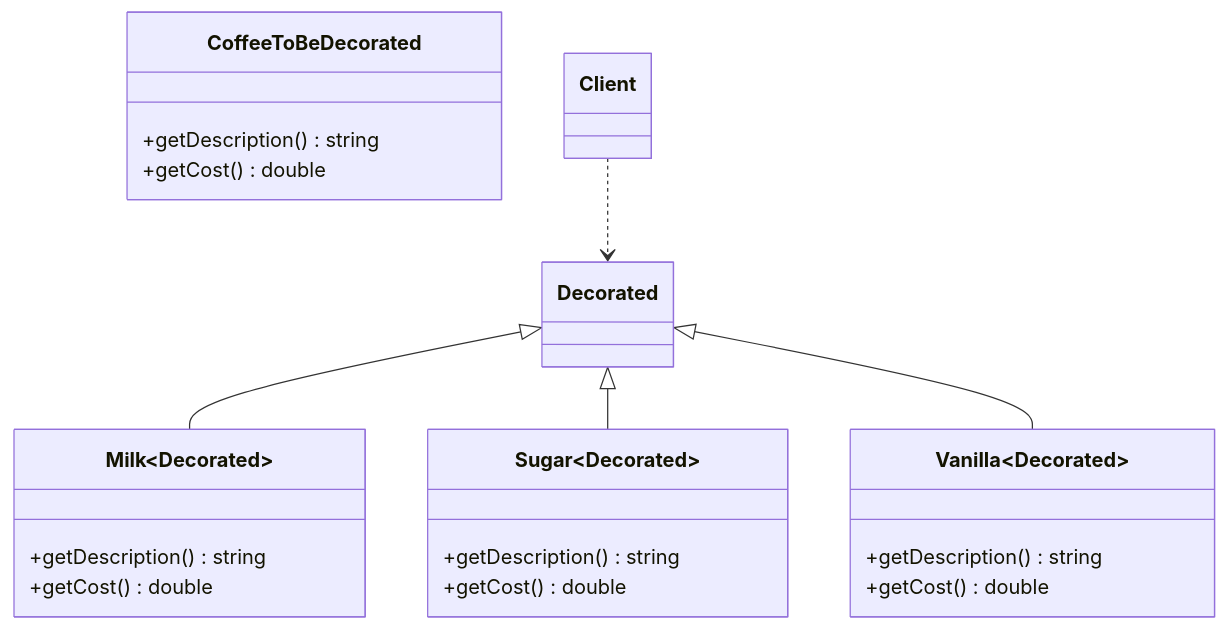
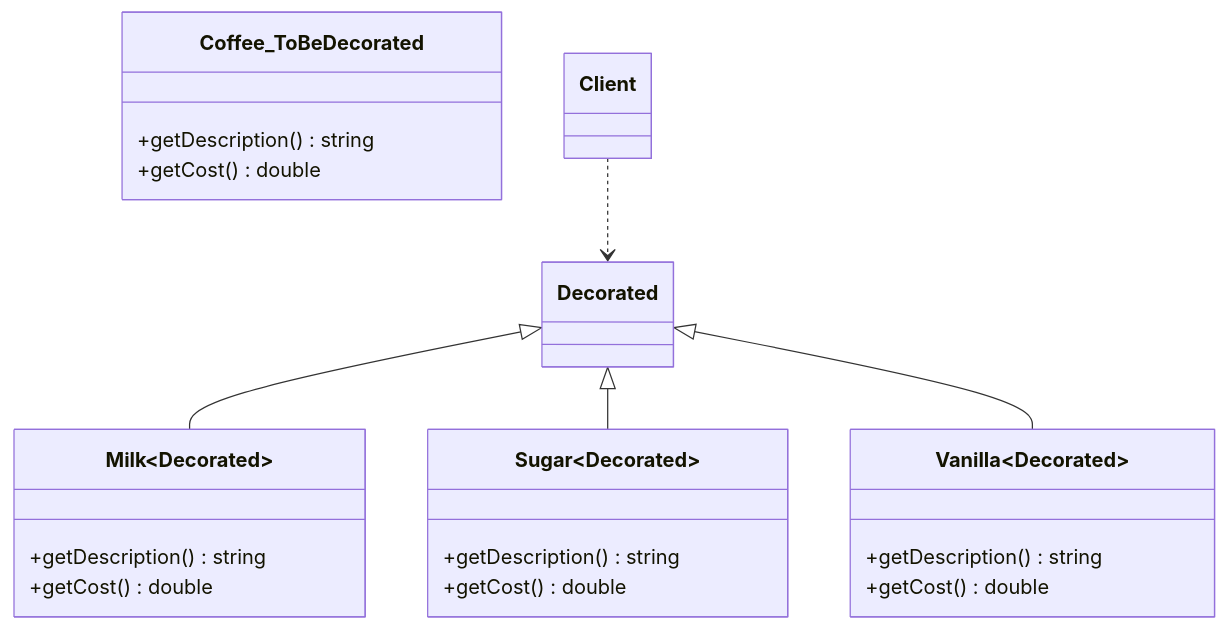
One commit to Cichlidfishexigency721/Modern-CPP-Design-Patterns changed the diagram in 11_Decorator/03_Static_Mixin/diagram.md. Above: the diagram before and after it, drawn with Mermaid. The commit also changed 1 other file, not shown here.

Commit message:
UML improvement

````diff
--- a/11_Decorator/03_Static_Mixin/diagram.md
+++ b/11_Decorator/03_Static_Mixin/diagram.md
@@ -3,32 +3,32 @@
 ```mermaid
 classDiagram
-   class CoffeeToBeDecorated {
+   class Coffee_ToBeDecorated {
       +getDescription() string
       +getCost() double
    }
 
    class Milk~Decorated~ {
       +getDescription() string
       +getCost() double
    }
 
    class Sugar~Decorated~ {
       +getDescription() string
       +getCost() double
    }
 
    class Vanilla~Decorated~ {
       +getDescription() string
       +getCost() double
    }
 
    %% In Static Decorator, the decorator inherits from the template parameter Decorated.
    %% There is NO composition (*--) and NO multiplicity numbers.
    
    Decorated <|-- Milk~Decorated~
    Decorated <|-- Sugar~Decorated~
    Decorated <|-- Vanilla~Decorated~
 
 %% Client instantiates concrete types
    Client ..> Decorated
 ```
````
